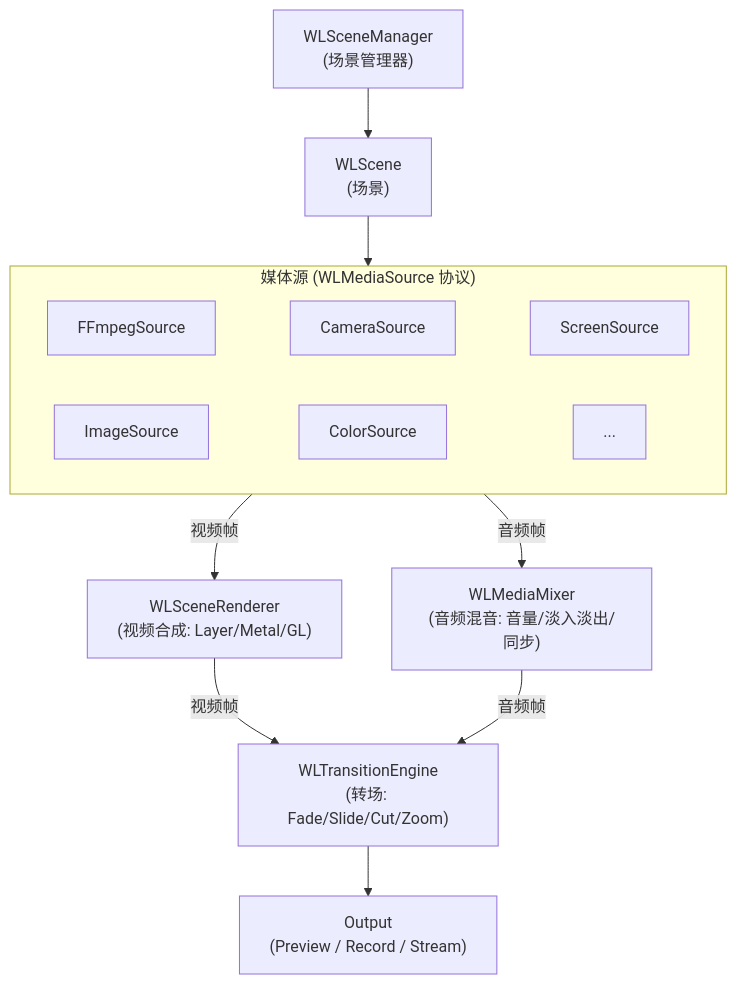
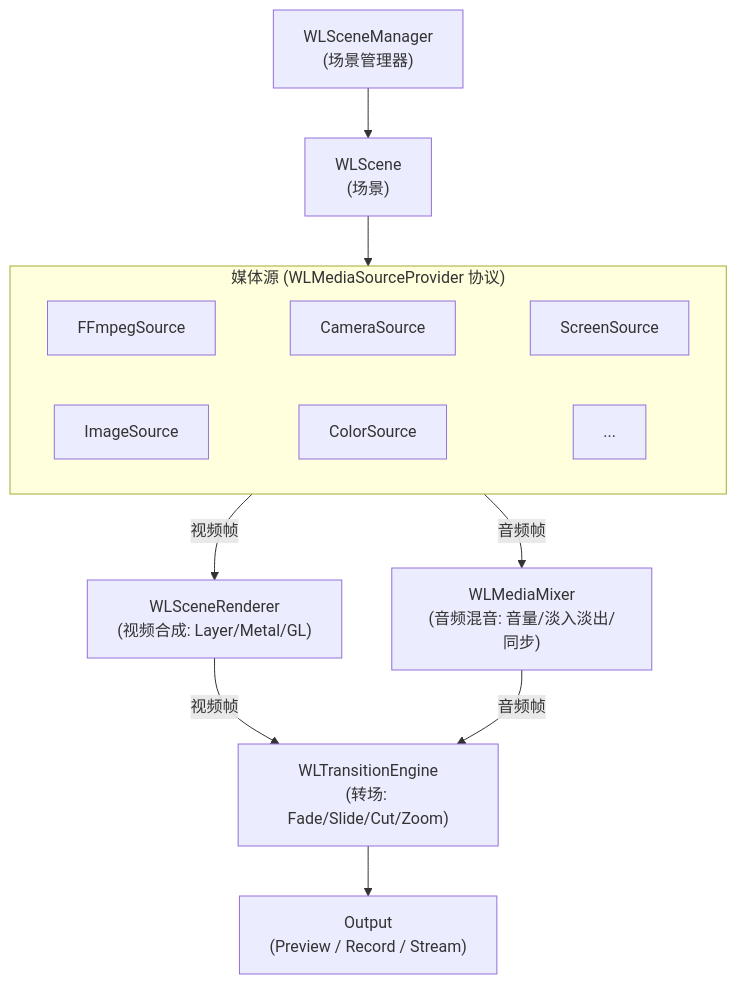
The first of 3 diagrams in OBS架构设计.md (xiaerfei/WorkLabs), drawn with Mermaid before and after one commit. The commit also changed other lines of this file and 40 other files, not shown here.

````diff
--- a/OBS架构设计.md
+++ b/OBS架构设计.md
@@ -7,20 +7,20 @@
 ```mermaid
 graph TD
     SM["WLSceneManager<br/>(场景管理器)"] --> SC["WLScene<br/>(场景)"]
 
-    subgraph SOURCES["媒体源 (WLMediaSource 协议)"]
+    subgraph SOURCES["媒体源 (WLMediaSourceProvider 协议)"]
         direction LR
         F["FFmpegSource"] ~~~ C["CameraSource"] ~~~ S["ScreenSource"]
         I["ImageSource"] ~~~ CO["ColorSource"] ~~~ ETC["..."]
     end
 
     SC --> SOURCES
 
     SOURCES -->|视频帧| SR["WLSceneRenderer<br/>(视频合成: Layer/Metal/GL)"]
     SOURCES -->|音频帧| MM["WLMediaMixer<br/>(音频混音: 音量/淡入淡出/同步)"]
 
     SR -->|视频帧| TE["WLTransitionEngine<br/>(转场: Fade/Slide/Cut/Zoom)"]
     MM -->|音频帧| TE
 
     TE --> OUT["Output<br/>(Preview / Record / Stream)"]
 ```
````
